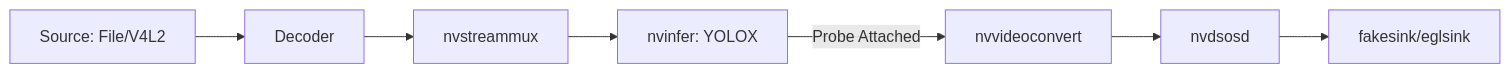
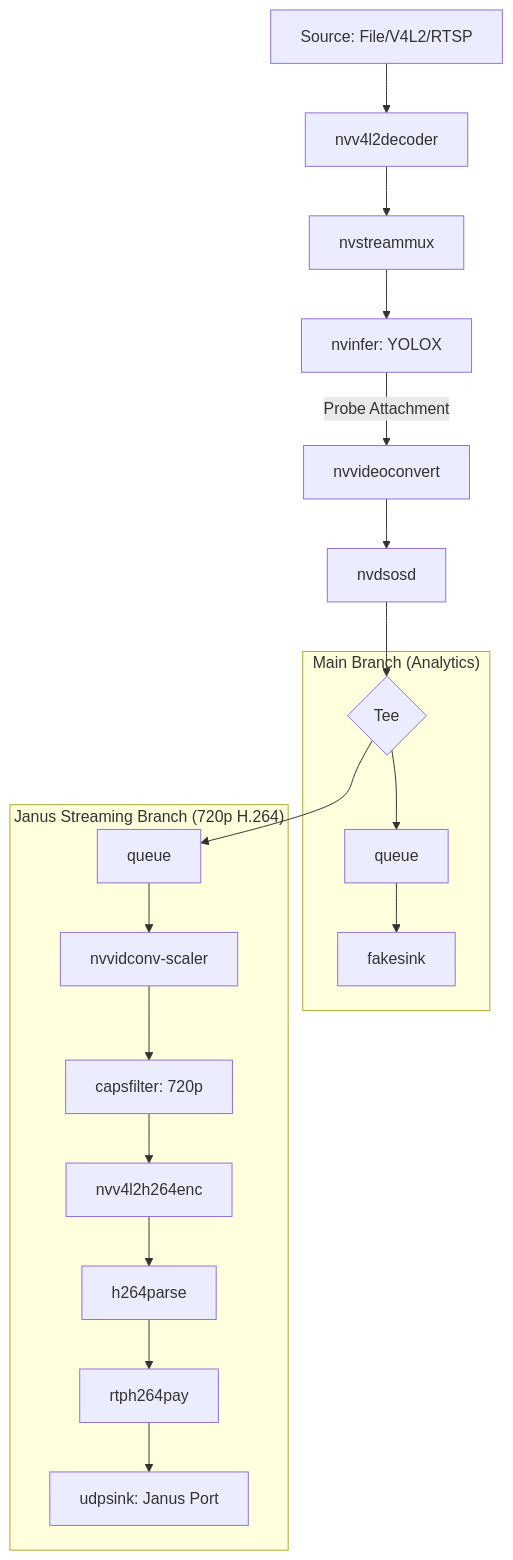
One commit to manhmitcf/DAT_Lab_Management changed the diagram in ai_core_jetson/services/pipeline/Pipeline_README.md. Above: the diagram before and after it, drawn with Mermaid. The commit also changed other lines of this file and 3 other files, not shown here.

Commit message:
feat: Introduce DeepStream pipeline manager with dual-branch output for local display and Janus streaming, accompanied by configuration and documentation.

````diff
--- a/ai_core_jetson/services/pipeline/Pipeline_README.md
+++ b/ai_core_jetson/services/pipeline/Pipeline_README.md
@@ -10,9 +10,24 @@
 ```mermaid
-graph LR
-    Src[Source: File/V4L2] --> Dec[Decoder]
+graph TD
+    Src[Source: File/V4L2/RTSP] --> Dec[nvv4l2decoder]
     Dec --> Mux[nvstreammux]
     Mux --> Infer[nvinfer: YOLOX]
-    Infer -->|Probe Attached| Conv[nvvideoconvert]
-    Conv --> OSD[nvdsosd]
-    OSD --> Sink[fakesink/eglsink]
+    Infer -->|Probe Attachment| Conv1[nvvideoconvert]
+    Conv1 --> OSD[nvdsosd]
+    OSD --> Tee{Tee}
+
+    subgraph "Main Branch (Analytics)"
+        Tee --> Q1[queue]
+        Q1 --> Sink[fakesink]
+    end
+
+    subgraph "Janus Streaming Branch (720p H.264)"
+        Tee --> Q2[queue]
+        Q2 --> Scale[nvvidconv-scaler]
+        Scale --> Caps[capsfilter: 720p]
+        Caps --> Enc[nvv4l2h264enc]
+        Enc --> Parse[h264parse]
+        Parse --> Pay[rtph264pay]
+        Pay --> UDP[udpsink: Janus Port]
+    end
 ```
````
